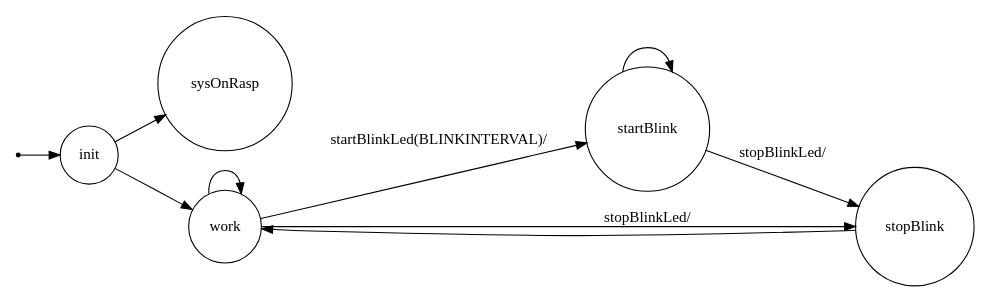
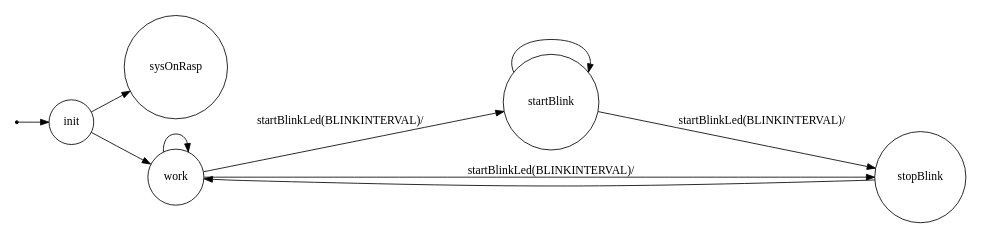
Before and after one commit to Mikelainz/ISS: the diagram in bls.distributed.DB-master/src/dist/srcMore/it/unibo/myled/dotFsm.gv, drawn with Graphviz. The commit also changed 710 other files, not shown here.

```diff
--- a/bls.distributed.DB-master/src/dist/srcMore/it/unibo/myled/dotFsm.gv
+++ b/bls.distributed.DB-master/src/dist/srcMore/it/unibo/myled/dotFsm.gv
@@ -1,30 +1,30 @@
 /*
 *
 * A GraphViz DOT FSM description 
 * Please use a GraphViz visualizer (like http://www.webgraphviz.com)
 * 
 * Generated by AM,NC,RM
 *  
 */
  
 digraph finite_state_machine {
   	rankdir=LR;
   	size="8,5"
   	node [shape = point]; iniziale;
   	node [shape = doublecircle]; 
   	node [shape = circle];
   	iniziale -> init [label = ""];
   	
   	
   	init -> sysOnRasp [ label = ""];
   	init -> work [ label = ""];
   	
   	work -> work [ label = ""];
   	work -> startBlink [ label = "startBlinkLed(BLINKINTERVAL)/"];
-  	work -> stopBlink [ label = "stopBlinkLed/"];
+  	work -> stopBlink [ label = "startBlinkLed(BLINKINTERVAL)/"];
   	
   	startBlink -> startBlink [ label = ""];
-  	startBlink -> stopBlink [ label = "stopBlinkLed/"];
+  	startBlink -> stopBlink [ label = "startBlinkLed(BLINKINTERVAL)/"];
   	
   	stopBlink -> work [ label = ""];
 }
```
